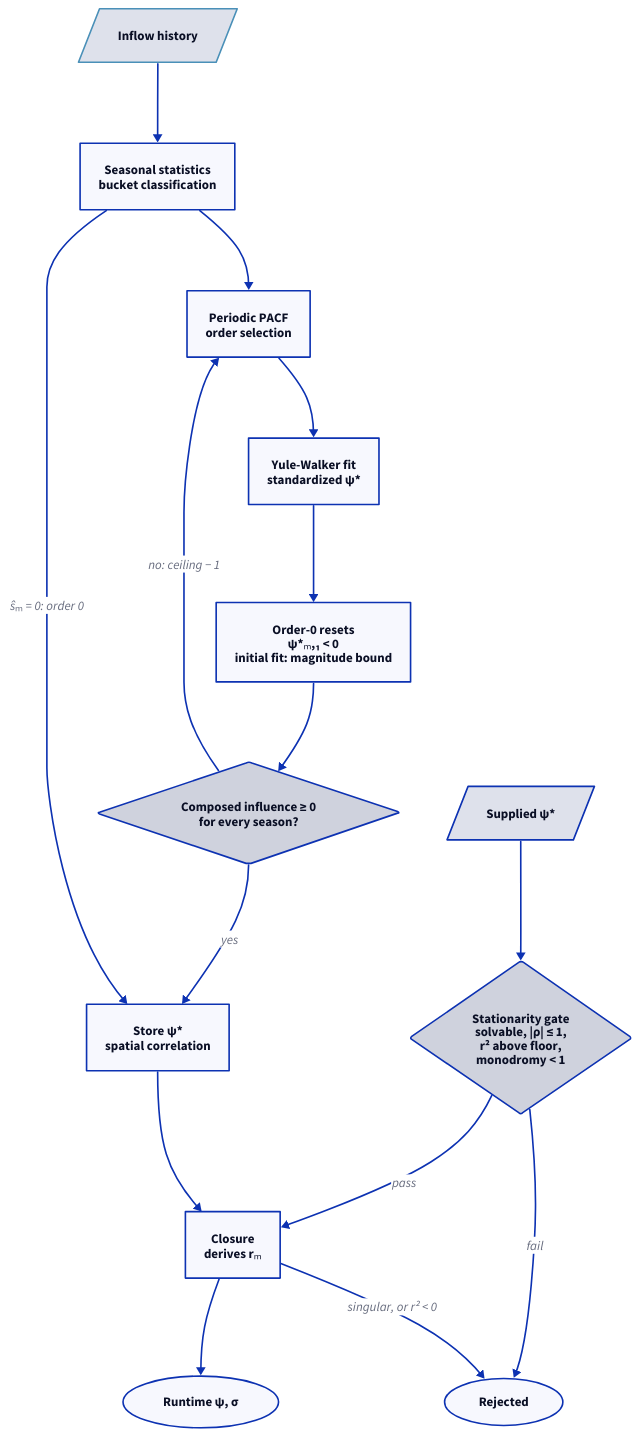
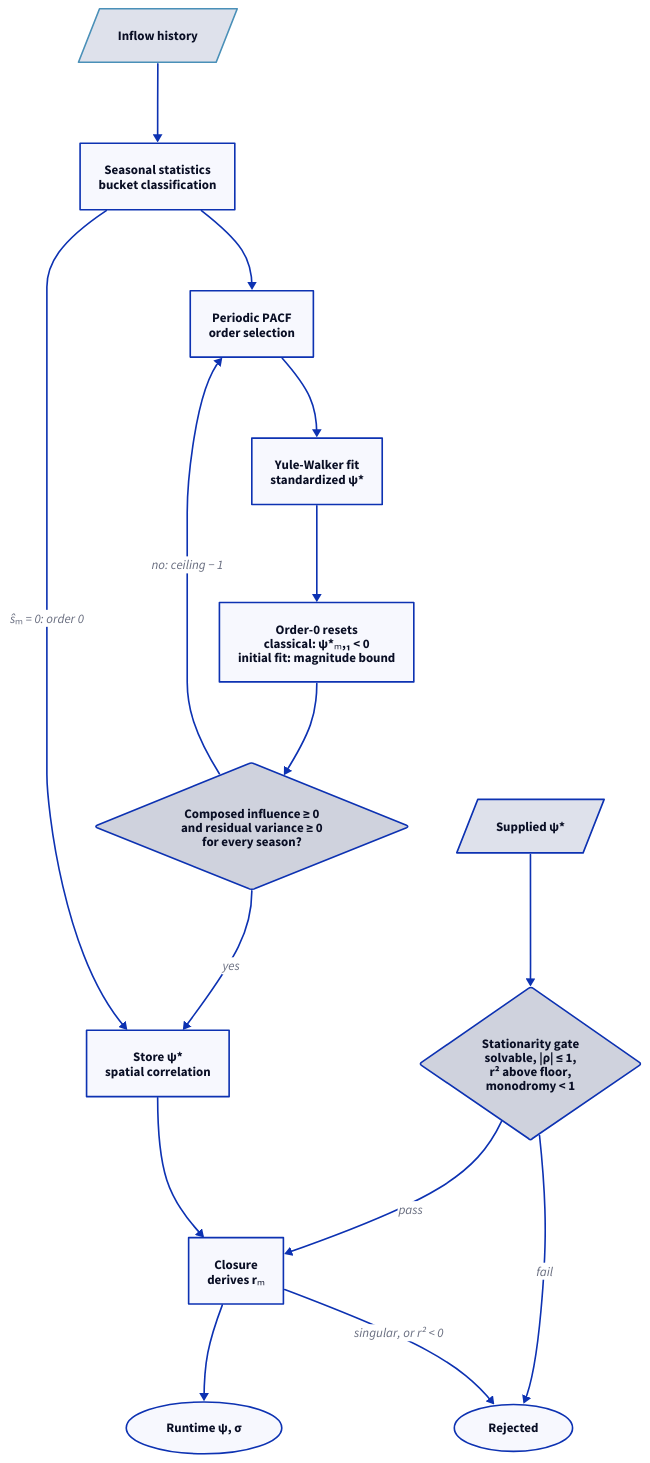
The second of 2 diagrams in src/content/docs/math/par-inflow-model.mdx (ons-ccee-epe/novomodelo-docs), drawn with D2 before and after one commit. The commit also changed other lines of this file and 13 other files, not shown here.

````diff
--- a/src/content/docs/math/par-inflow-model.mdx
+++ b/src/content/docs/math/par-inflow-model.mdx
@@ -252,35 +256,35 @@
 ```d2
 direction: down
 
 classes: {
   hydro: {style: {stroke: "#4a90b8"}}
 }
 
 hist: "Inflow history" {shape: parallelogram; class: hydro}
 stats: "Seasonal statistics\nbucket classification"
 pacf: "Periodic PACF\norder selection"
 yw: "Yule-Walker fit\nstandardized ψ*"
-resets: "Order-0 resets\nψ*ₘ,₁ < 0\ninitial fit: magnitude bound"
-check: "Composed influence ≥ 0\nfor every season?" {shape: diamond}
+resets: "Order-0 resets\nclassical: ψ*ₘ,₁ < 0\ninitial fit: magnitude bound"
+check: "Composed influence ≥ 0\nand residual variance ≥ 0\nfor every season?" {shape: diamond}
 store: "Store ψ*\nspatial correlation"
 supplied: "Supplied ψ*" {shape: parallelogram}
 gate: "Stationarity gate\nsolvable, |ρ| ≤ 1,\nr² above floor,\nmonodromy < 1" {shape: diamond}
 rejected: "Rejected" {shape: oval}
 closure: "Closure\nderives rₘ"
 runtime: "Runtime ψ, σ" {shape: oval}
 
 hist -> stats
 stats -> pacf
 pacf -> yw
 yw -> resets
 resets -> check
 check -> store: "yes"
 stats -> store: "ŝₘ = 0: order 0"
 supplied -> gate
 gate -> closure: "pass"
 gate -> rejected: "fail"
 store -> closure
 closure -> runtime
 closure -> rejected: "singular, or r² < 0"
 check -> pacf: "no: ceiling − 1"
 ```
````
